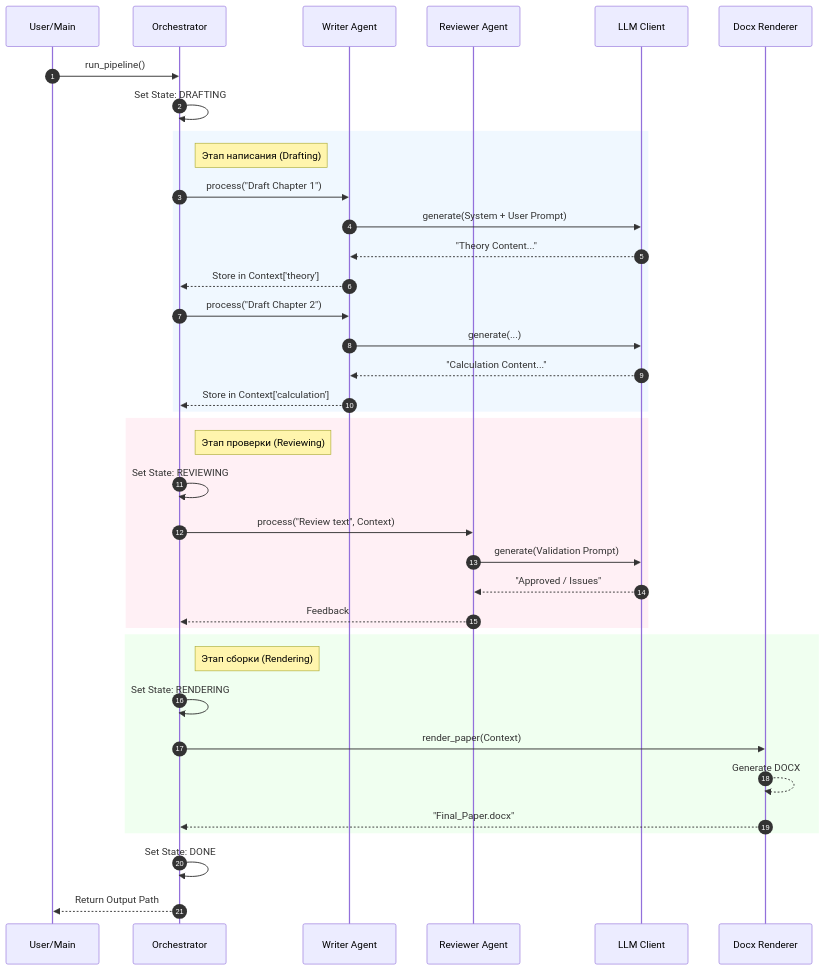
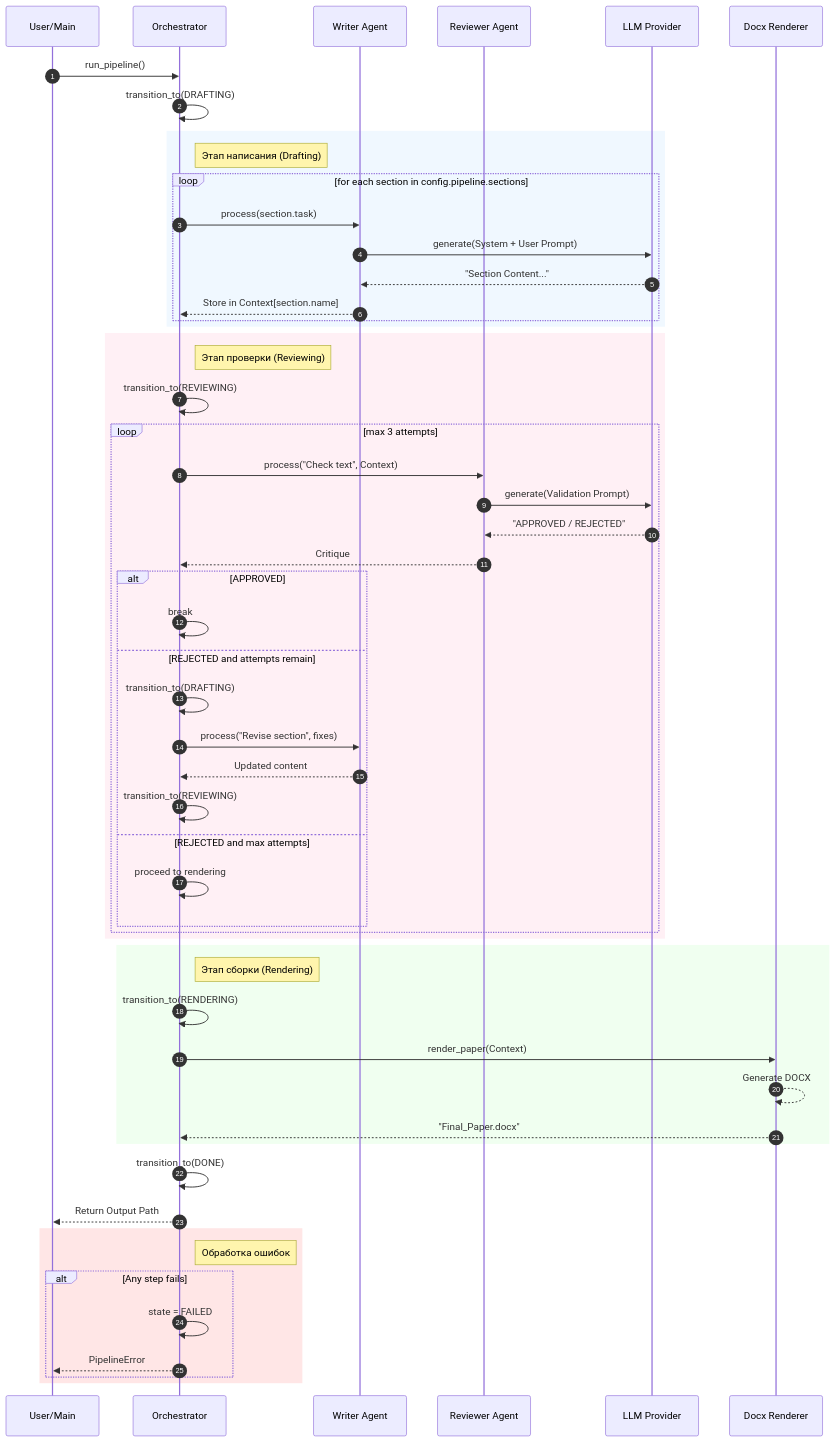
One commit to Lotargo/Academic-Pipeline-Engine changed the second of 2 diagrams in docs/ORCHESTRATION.md. Above: the diagram before and after it, drawn with Mermaid. The commit also changed other lines of this file and 10 other files, not shown here.

Commit message:
feat: implement document rendering tool, pipeline orchestrator, and comprehensive project documentation.

````diff
--- a/docs/ORCHESTRATION.md
+++ b/docs/ORCHESTRATION.md
@@ -37,49 +44,66 @@
 ```mermaid
 sequenceDiagram
     autonumber
     participant Client as User/Main
     participant Orch as Orchestrator
     participant Writer as Writer Agent
     participant Reviewer as Reviewer Agent
-    participant LLM as LLM Client
+    participant LLM as LLM Provider
     participant Tool as Docx Renderer
 
     Client->>Orch: run_pipeline()
-    Orch->>Orch: Set State: DRAFTING
+    Orch->>Orch: transition_to(DRAFTING)
 
     rect rgb(240, 248, 255)
         note right of Orch: Этап написания (Drafting)
 
-        Orch->>Writer: process("Draft Chapter 1")
-        Writer->>LLM: generate(System + User Prompt)
-        LLM-->>Writer: "Theory Content..."
-        Writer-->>Orch: Store in Context['theory']
-
-        Orch->>Writer: process("Draft Chapter 2")
-        Writer->>LLM: generate(...)
-        LLM-->>Writer: "Calculation Content..."
-        Writer-->>Orch: Store in Context['calculation']
+        loop for each section in config.pipeline.sections
+            Orch->>Writer: process(section.task)
+            Writer->>LLM: generate(System + User Prompt)
+            LLM-->>Writer: "Section Content..."
+            Writer-->>Orch: Store in Context[section.name]
+        end
     end
 
     rect rgb(255, 240, 245)
         note right of Orch: Этап проверки (Reviewing)
-        Orch->>Orch: Set State: REVIEWING
+        Orch->>Orch: transition_to(REVIEWING)
 
-        Orch->>Reviewer: process("Review text", Context)
-        Reviewer->>LLM: generate(Validation Prompt)
-        LLM-->>Reviewer: "Approved / Issues"
-        Reviewer-->>Orch: Feedback
+        loop max 3 attempts
+            Orch->>Reviewer: process("Check text", Context)
+            Reviewer->>LLM: generate(Validation Prompt)
+            LLM-->>Reviewer: "APPROVED / REJECTED"
+            Reviewer-->>Orch: Critique
+
+            alt APPROVED
+                Orch->>Orch: break
+            else REJECTED and attempts remain
+                Orch->>Orch: transition_to(DRAFTING)
+                Orch->>Writer: process("Revise section", fixes)
+                Writer-->>Orch: Updated content
+                Orch->>Orch: transition_to(REVIEWING)
+            else REJECTED and max attempts
+                Orch->>Orch: proceed to rendering
+            end
+        end
     end
 
     rect rgb(240, 255, 240)
         note right of Orch: Этап сборки (Rendering)
-        Orch->>Orch: Set State: RENDERING
-
+        Orch->>Orch: transition_to(RENDERING)
         Orch->>Tool: render_paper(Context)
         Tool-->>Tool: Generate DOCX
         Tool-->>Orch: "Final_Paper.docx"
     end
 
-    Orch->>Orch: Set State: DONE
+    Orch->>Orch: transition_to(DONE)
     Orch-->>Client: Return Output Path
+
+    rect rgb(255, 230, 230)
+        note right of Orch: Обработка ошибок
+        alt Any step fails
+            Orch->>Orch: state = FAILED
+            Orch-->>Client: PipelineError
+        end
+    end
 ```
````
